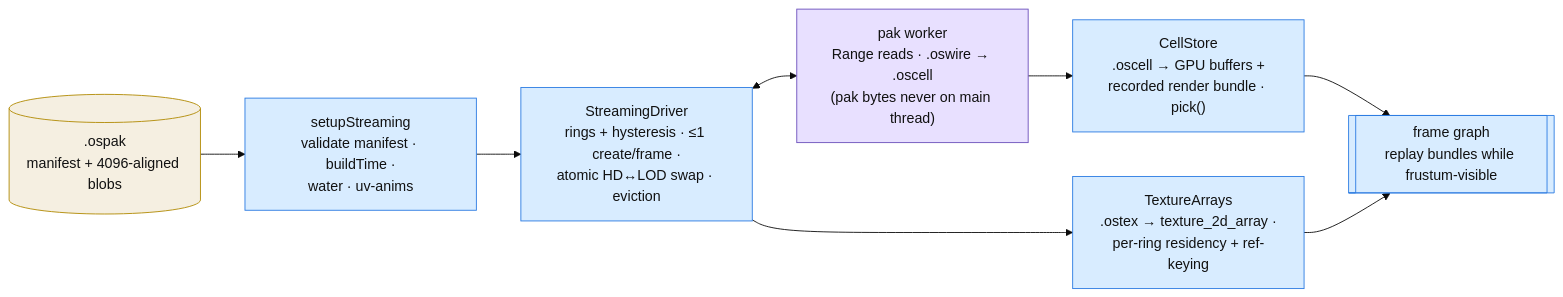
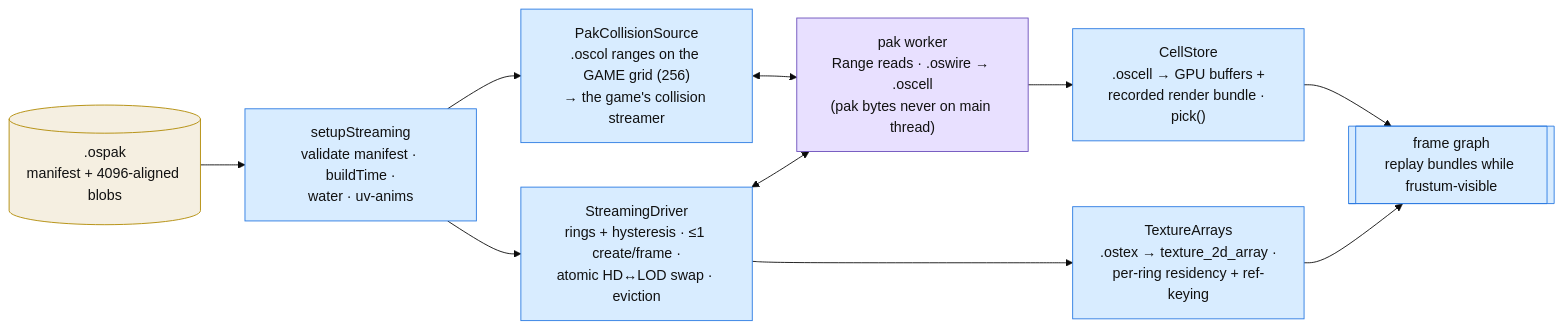
Before and after one commit to sexorcist00/opensa: the diagram in docs/architecture/world-streaming.md, drawn with Mermaid (base theme). The commit also changed other lines of this file and 19 other files, not shown here.

First line of the commit message:
feat(engine,game): the runtime reads baked cell collision instead of parsing COL

````diff
--- a/docs/architecture/world-streaming.md
+++ b/docs/architecture/world-streaming.md
@@ -43,22 +43,25 @@
 ```mermaid
 %%| world-streaming
 flowchart LR
   pak[(".ospak<br/>manifest + 4096-aligned blobs")]:::data
   setup["setupStreaming<br/>validate manifest · buildTime ·<br/>water · uv-anims"]:::engine
   worker["pak worker<br/>Range reads · .oswire → .oscell<br/>(pak bytes never on main thread)"]:::infra
   driver["StreamingDriver<br/>rings + hysteresis · ≤1 create/frame ·<br/>atomic HD↔LOD swap · eviction"]:::engine
+  col["PakCollisionSource<br/>.oscol ranges on the GAME grid (256)<br/>→ the game's collision streamer"]:::engine
   cells["CellStore<br/>.oscell → GPU buffers +<br/>recorded render bundle · pick()"]:::engine
   tex["TextureArrays<br/>.ostex → texture_2d_array ·<br/>per-ring residency + ref-keying"]:::engine
   frame[["frame graph<br/>replay bundles while frustum-visible"]]:::engine
 
   pak --> setup --> driver
+  setup --> col
+  col <--> worker
   driver <--> worker
   worker --> cells
   driver --> tex
   cells --> frame
   tex --> frame
 
   classDef infra fill:#e8e0ff,stroke:#6b4fbb,color:#111
   classDef engine fill:#d8ecff,stroke:#2a7ae2,color:#111
   classDef data fill:#f5efe1,stroke:#b08900,color:#111
 ```
````
